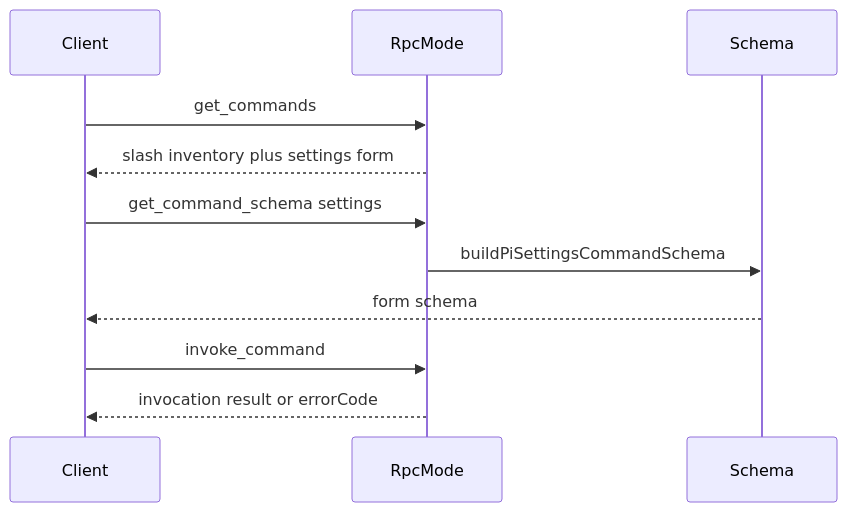
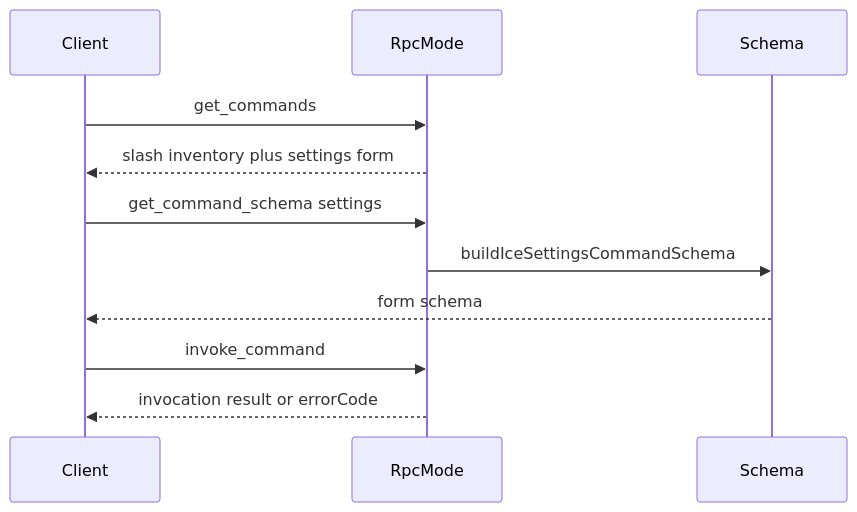
Before and after one commit to Zykairotis/pi-void: the diagram in html-communication/rpc-commands.mmd, drawn with Mermaid. The commit also changed 67 other files, not shown here.

```diff
--- a/html-communication/rpc-commands.mmd
+++ b/html-communication/rpc-commands.mmd
@@ -1,11 +1,11 @@
 sequenceDiagram
   participant Client
   participant RpcMode
   participant Schema
   Client->>RpcMode: get_commands
   RpcMode-->>Client: slash inventory plus settings form
   Client->>RpcMode: get_command_schema settings
-  RpcMode->>Schema: buildPiSettingsCommandSchema
+  RpcMode->>Schema: buildIceSettingsCommandSchema
   Schema-->>Client: form schema
   Client->>RpcMode: invoke_command
   RpcMode-->>Client: invocation result or errorCode
```
